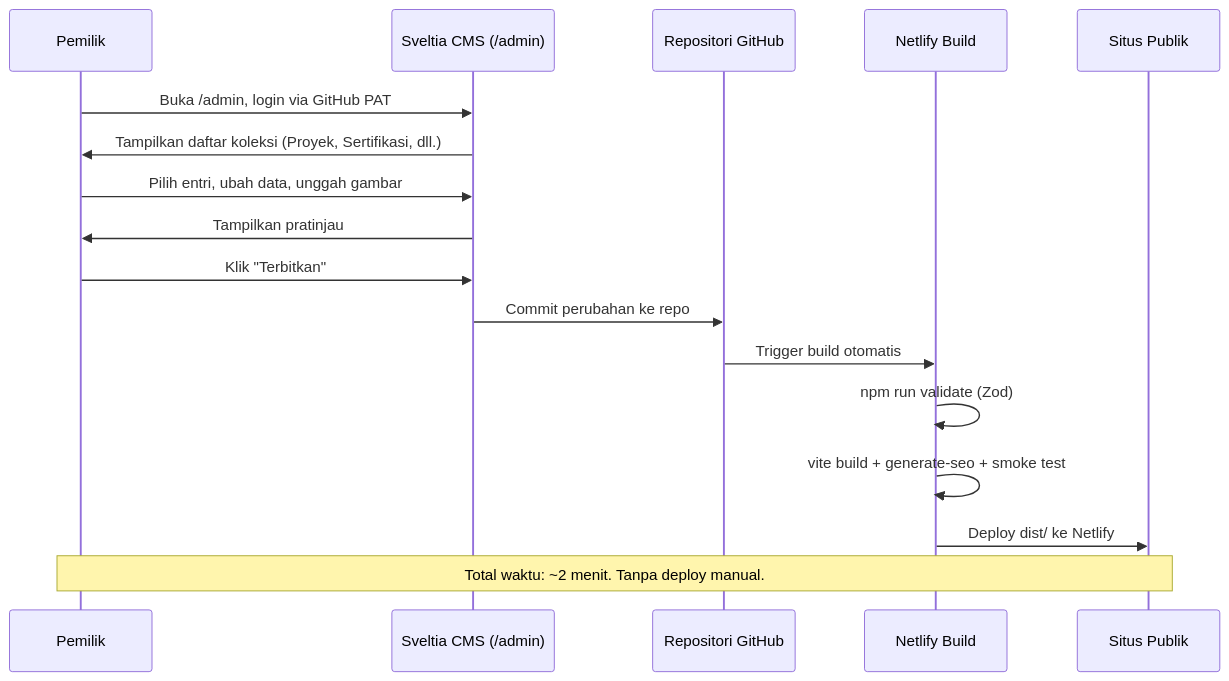
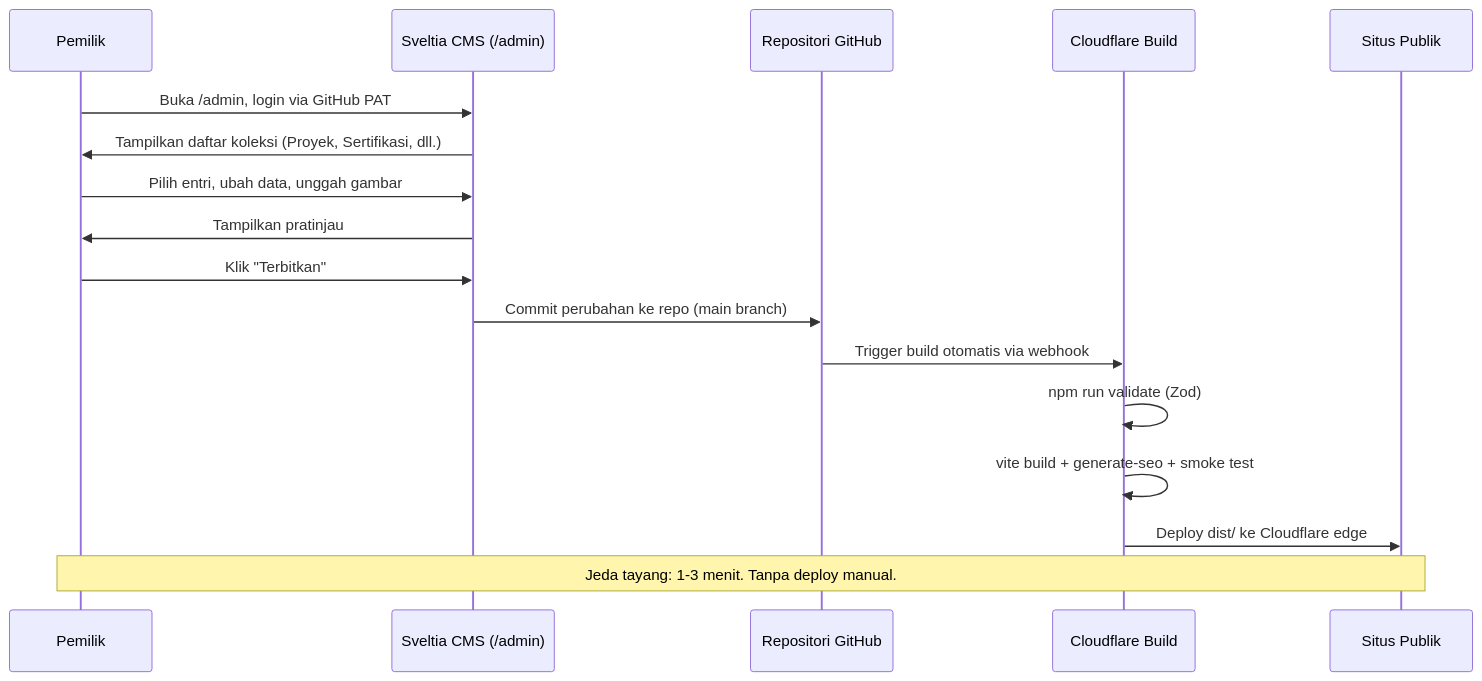
The second of 6 diagrams in docs/ARCHITECTURE.md (dewanugroho/portofolio), drawn with Mermaid before and after one commit. The commit also changed other lines of this file and 1 other file, not shown here.

First line of the commit message:
docs: revisi ARCHITECTURE.md dan TASKS.md untuk hosting gratis (Tahap B)

````diff
--- a/docs/ARCHITECTURE.md
+++ b/docs/ARCHITECTURE.md
@@ -56,20 +60,20 @@
 ```mermaid
 sequenceDiagram
     participant Pemilik
     participant CMS as Sveltia CMS (/admin)
     participant Git as Repositori GitHub
-    participant CI as Netlify Build
+    participant CF as Cloudflare Build
     participant Publik as Situs Publik
 
     Pemilik->>CMS: Buka /admin, login via GitHub PAT
     CMS->>Pemilik: Tampilkan daftar koleksi (Proyek, Sertifikasi, dll.)
     Pemilik->>CMS: Pilih entri, ubah data, unggah gambar
     CMS->>Pemilik: Tampilkan pratinjau
     Pemilik->>CMS: Klik "Terbitkan"
-    CMS->>Git: Commit perubahan ke repo
-    Git->>CI: Trigger build otomatis
-    CI->>CI: npm run validate (Zod)
-    CI->>CI: vite build + generate-seo + smoke test
-    CI->>Publik: Deploy dist/ ke Netlify
-    Note over Pemilik,Publik: Total waktu: ~2 menit. Tanpa deploy manual.
+    CMS->>Git: Commit perubahan ke repo (main branch)
+    Git->>CF: Trigger build otomatis via webhook
+    CF->>CF: npm run validate (Zod)
+    CF->>CF: vite build + generate-seo + smoke test
+    CF->>Publik: Deploy dist/ ke Cloudflare edge
+    Note over Pemilik,Publik: Jeda tayang: 1-3 menit. Tanpa deploy manual.
 ```
````
